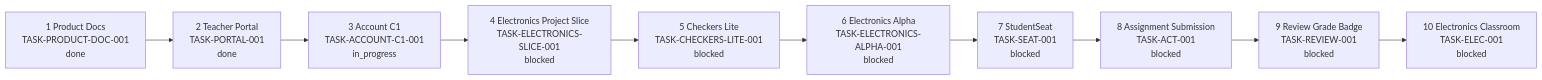
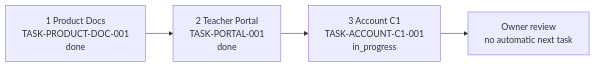
The first of 3 diagrams in docs/project-map/PROJECT_MAP.md (spikeal8-maker/asa-lab), drawn with Mermaid before and after one commit. The commit also changed other lines of this file, not shown here.

Commit message:
docs: render Account-only executable queue

````diff
--- a/docs/project-map/PROJECT_MAP.md
+++ b/docs/project-map/PROJECT_MAP.md
@@ -21,15 +29,9 @@
 ```mermaid
 flowchart LR
     DOC[1 Product Docs<br/>TASK-PRODUCT-DOC-001<br/>done]
     PORTAL[2 Teacher Portal<br/>TASK-PORTAL-001<br/>done]
     ACCOUNT[3 Account C1<br/>TASK-ACCOUNT-C1-001<br/>in_progress]
-    PROJECT[4 Electronics Project Slice<br/>TASK-ELECTRONICS-SLICE-001<br/>blocked]
-    CHECKERS[5 Checkers Lite<br/>TASK-CHECKERS-LITE-001<br/>blocked]
-    EALPHA[6 Electronics Alpha<br/>TASK-ELECTRONICS-ALPHA-001<br/>blocked]
-    SEAT[7 StudentSeat<br/>TASK-SEAT-001<br/>blocked]
-    ACT[8 Assignment Submission<br/>TASK-ACT-001<br/>blocked]
-    REVIEW[9 Review Grade Badge<br/>TASK-REVIEW-001<br/>blocked]
-    EFULL[10 Electronics Classroom<br/>TASK-ELEC-001<br/>blocked]
+    STOP[Owner review<br/>no automatic next task]
 
-    DOC --> PORTAL --> ACCOUNT --> PROJECT --> CHECKERS --> EALPHA --> SEAT --> ACT --> REVIEW --> EFULL
+    DOC --> PORTAL --> ACCOUNT --> STOP
 ```
````
